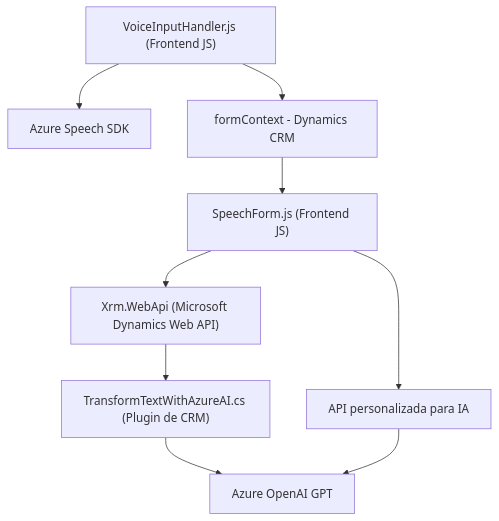
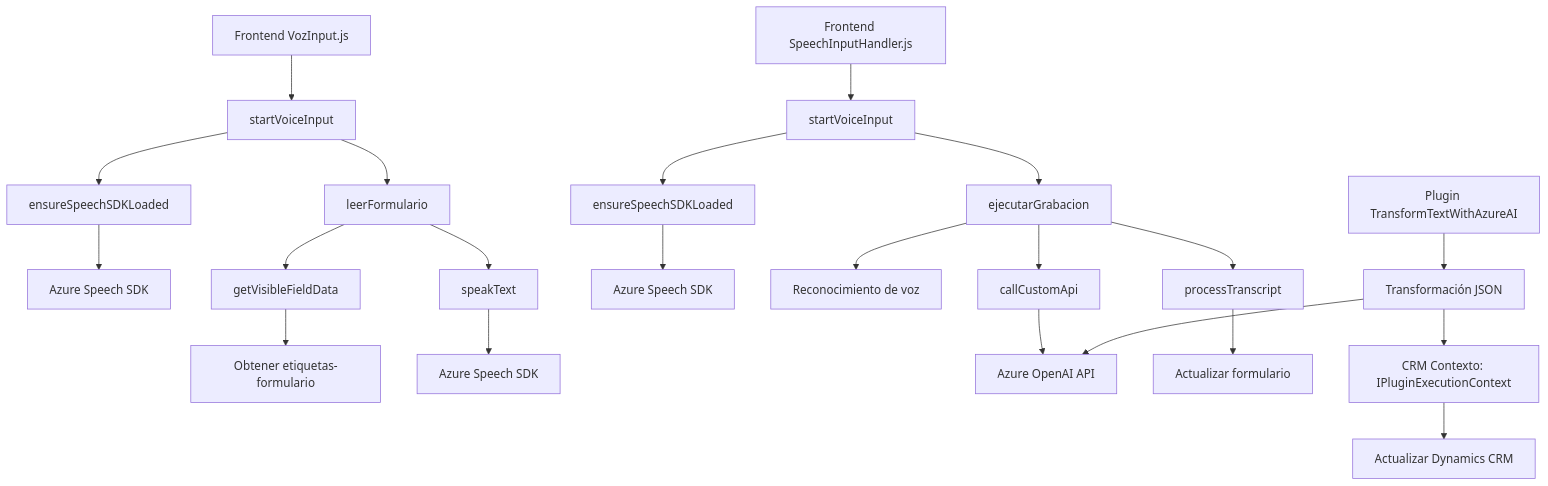
The diagram in README.md (blopezdm/NETCORE_BILBAO2025), drawn with Mermaid before and after one commit. The commit also changed other lines of this file, not shown here.

Commit message:
Actualizar análisis global de la solución con IA

````diff
--- a/README.md
+++ b/README.md
@@ -44,11 +32,24 @@
 ```mermaid
 graph TD
-    A["VoiceInputHandler.js (Frontend JS)"] --> B["Azure Speech SDK"]
-    A --> C["formContext - Dynamics CRM"]
-    C --> D["SpeechForm.js (Frontend JS)"]
-    D --> E["Xrm.WebApi (Microsoft Dynamics Web API)"]
-    D --> F["API personalizada para IA"]
-    G["TransformTextWithAzureAI.cs (Plugin de CRM)"] --> H["Azure OpenAI GPT"]
-    E --> G
-    F --> H
+  A["Frontend VozInput.js"] --> B["startVoiceInput"]
+  B --> C["ensureSpeechSDKLoaded"]
+  C --> D["Azure Speech SDK"]
+  B --> E["leerFormulario"]
+  E --> F["getVisibleFieldData"]
+  F --> G["Obtener etiquetas-formulario"]
+  E --> H["speakText"]
+  H --> I["Azure Speech SDK"]
+  J["Frontend SpeechInputHandler.js"] --> K["startVoiceInput"]
+  K --> L["ensureSpeechSDKLoaded"]
+  L --> M["Azure Speech SDK"]
+  K --> N["ejecutarGrabacion"]
+  N --> O["Reconocimiento de voz"]
+  N --> P["callCustomApi"]
+  P --> Q["Azure OpenAI API"]
+  N --> R["processTranscript"]
+  R --> S["Actualizar formulario"]
+  T["Plugin TransformTextWithAzureAI"] --> U["Transformación JSON"]
+  U --> Q
+  U --> V["CRM Contexto: IPluginExecutionContext"]
+  V --> W["Actualizar Dynamics CRM"]
 ```
````
